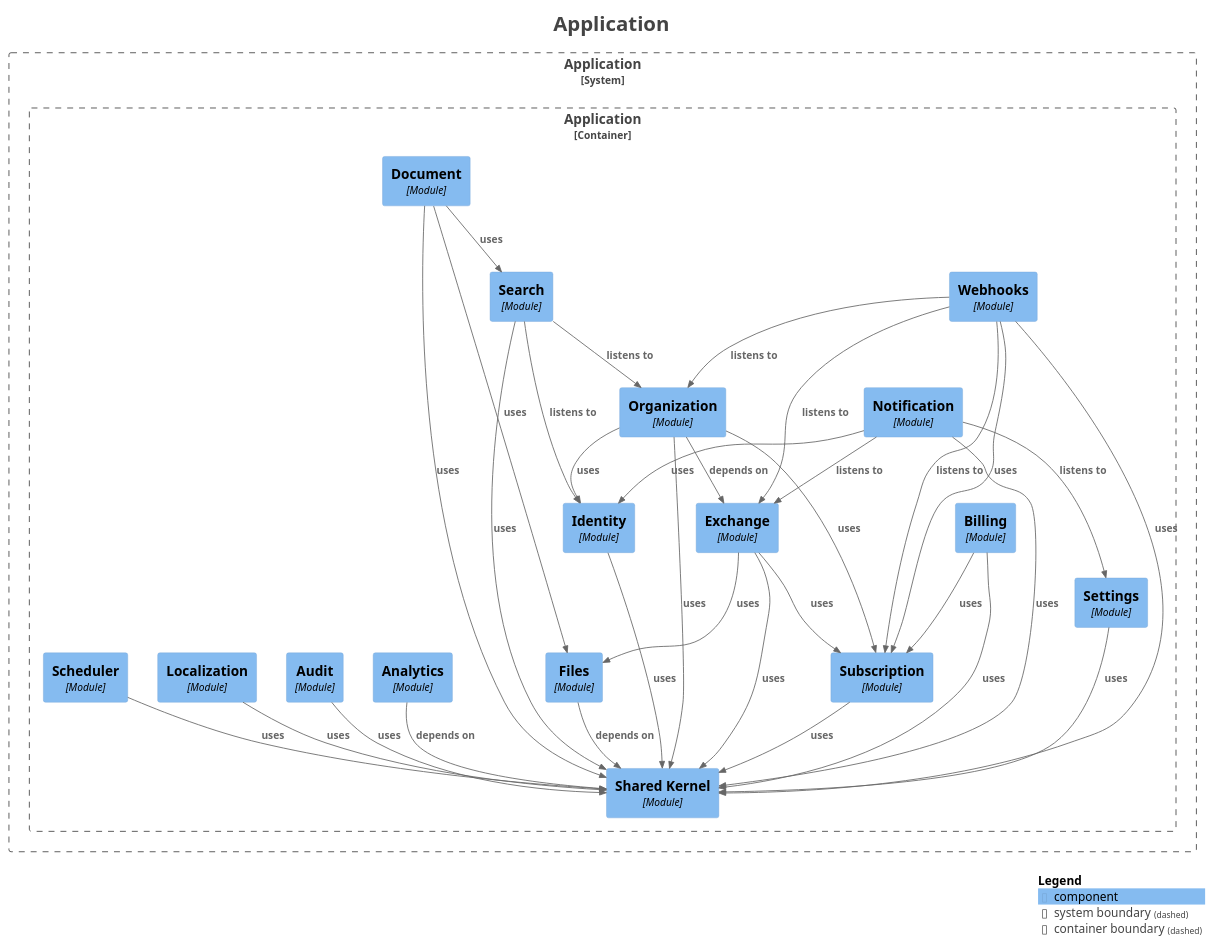
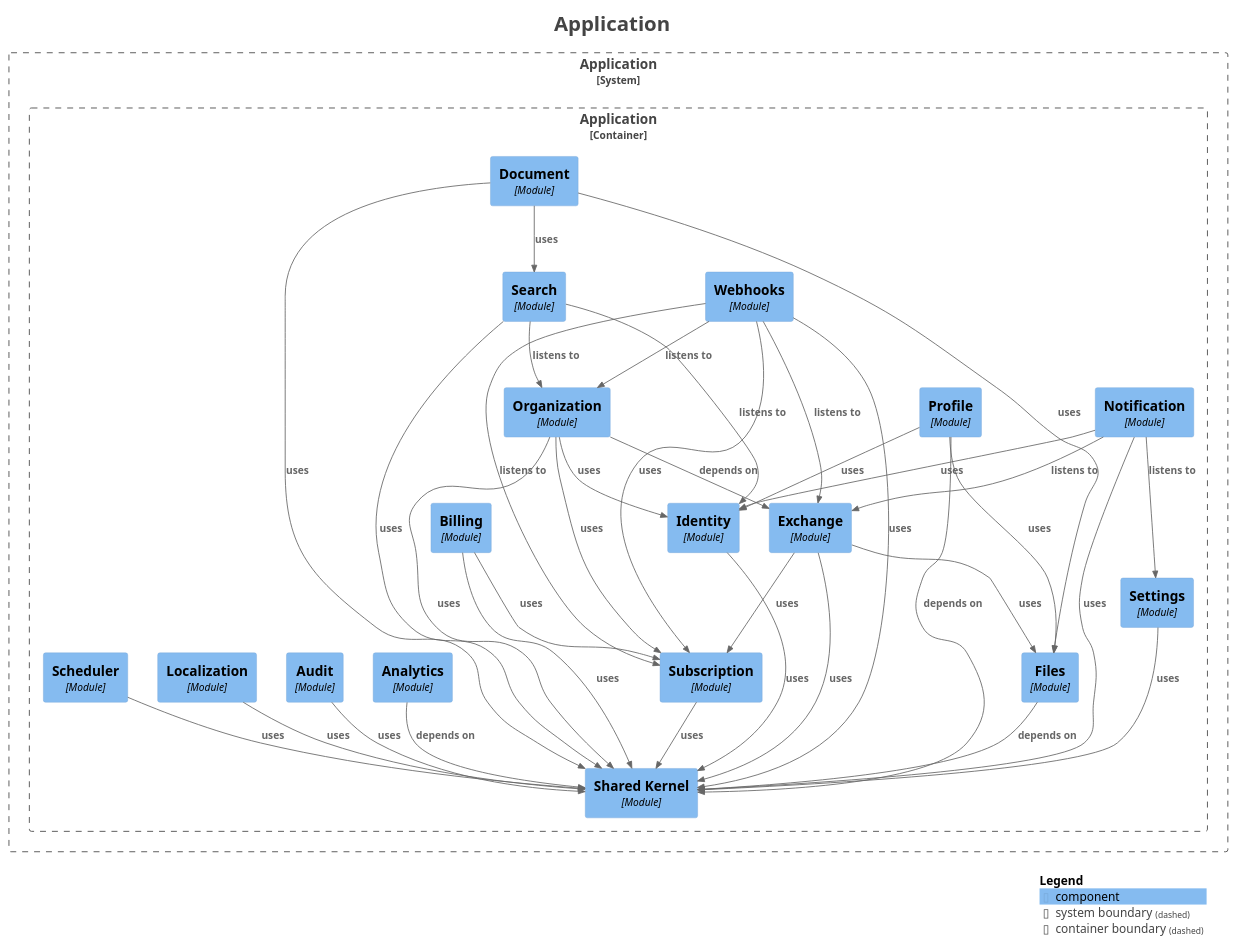
The diagram in docs/modulith/components.puml (Paul-Ayesiga/enterprise-modulith-template), drawn with PlantUML before and after one commit. The commit also changed 43 other files, not shown here.

```diff
--- a/docs/modulith/components.puml
+++ b/docs/modulith/components.puml
@@ -1,75 +1,79 @@
 @startuml
 title <size:24>Application</size>
 
 set separator none
 top to bottom direction
 
 <style>
   root {
     BackgroundColor: #ffffff
     FontColor: #444444
   }
 </style>
 
 !include <C4/C4>
 !include <C4/C4_Context>
 !include <C4/C4_Component>
 
 System_Boundary("Application_boundary", "Application", $tags="") {
   Container_Boundary("Application.Application_boundary", "Application", $tags="") {
     Component(Application.Application.Settings, "Settings", $techn="Module", $descr="", $tags="", $link="")
     Component(Application.Application.Subscription, "Subscription", $techn="Module", $descr="", $tags="", $link="")
     Component(Application.Application.Billing, "Billing", $techn="Module", $descr="", $tags="", $link="")
     Component(Application.Application.Exchange, "Exchange", $techn="Module", $descr="", $tags="", $link="")
+    Component(Application.Application.Profile, "Profile", $techn="Module", $descr="", $tags="", $link="")
     Component(Application.Application.Notification, "Notification", $techn="Module", $descr="", $tags="", $link="")
     Component(Application.Application.Organization, "Organization", $techn="Module", $descr="", $tags="", $link="")
     Component(Application.Application.Search, "Search", $techn="Module", $descr="", $tags="", $link="")
     Component(Application.Application.Webhooks, "Webhooks", $techn="Module", $descr="", $tags="", $link="")
     Component(Application.Application.Document, "Document", $techn="Module", $descr="", $tags="", $link="")
     Component(Application.Application.SharedKernel, "Shared Kernel", $techn="Module", $descr="", $tags="", $link="")
     Component(Application.Application.Analytics, "Analytics", $techn="Module", $descr="", $tags="", $link="")
     Component(Application.Application.Audit, "Audit", $techn="Module", $descr="", $tags="", $link="")
     Component(Application.Application.Files, "Files", $techn="Module", $descr="", $tags="", $link="")
     Component(Application.Application.Identity, "Identity", $techn="Module", $descr="", $tags="", $link="")
     Component(Application.Application.Localization, "Localization", $techn="Module", $descr="", $tags="", $link="")
     Component(Application.Application.Scheduler, "Scheduler", $techn="Module", $descr="", $tags="", $link="")
   }
 
 }
 
-Rel(Application.Application.Audit, Application.Application.SharedKernel, "uses", $techn="", $tags="", $link="")
-Rel(Application.Application.Organization, Application.Application.Exchange, "depends on", $techn="", $tags="", $link="")
-Rel(Application.Application.Organization, Application.Application.Identity, "uses", $techn="", $tags="", $link="")
-Rel(Application.Application.Organization, Application.Application.SharedKernel, "uses", $techn="", $tags="", $link="")
-Rel(Application.Application.Organization, Application.Application.Subscription, "uses", $techn="", $tags="", $link="")
-Rel(Application.Application.Files, Application.Application.SharedKernel, "depends on", $techn="", $tags="", $link="")
-Rel(Application.Application.Subscription, Application.Application.SharedKernel, "uses", $techn="", $tags="", $link="")
-Rel(Application.Application.Webhooks, Application.Application.Organization, "listens to", $techn="", $tags="", $link="")
-Rel(Application.Application.Webhooks, Application.Application.Exchange, "listens to", $techn="", $tags="", $link="")
-Rel(Application.Application.Webhooks, Application.Application.Subscription, "listens to", $techn="", $tags="", $link="")
-Rel(Application.Application.Webhooks, Application.Application.SharedKernel, "uses", $techn="", $tags="", $link="")
-Rel(Application.Application.Webhooks, Application.Application.Subscription, "uses", $techn="", $tags="", $link="")
-Rel(Application.Application.Search, Application.Application.Identity, "listens to", $techn="", $tags="", $link="")
-Rel(Application.Application.Search, Application.Application.Organization, "listens to", $techn="", $tags="", $link="")
-Rel(Application.Application.Search, Application.Application.SharedKernel, "uses", $techn="", $tags="", $link="")
+Rel(Application.Application.Identity, Application.Application.SharedKernel, "uses", $techn="", $tags="", $link="")
 Rel(Application.Application.Settings, Application.Application.SharedKernel, "uses", $techn="", $tags="", $link="")
 Rel(Application.Application.Exchange, Application.Application.Files, "uses", $techn="", $tags="", $link="")
 Rel(Application.Application.Exchange, Application.Application.SharedKernel, "uses", $techn="", $tags="", $link="")
 Rel(Application.Application.Exchange, Application.Application.Subscription, "uses", $techn="", $tags="", $link="")
 Rel(Application.Application.Localization, Application.Application.SharedKernel, "uses", $techn="", $tags="", $link="")
-Rel(Application.Application.Scheduler, Application.Application.SharedKernel, "uses", $techn="", $tags="", $link="")
-Rel(Application.Application.Billing, Application.Application.Subscription, "uses", $techn="", $tags="", $link="")
-Rel(Application.Application.Billing, Application.Application.SharedKernel, "uses", $techn="", $tags="", $link="")
-Rel(Application.Application.Analytics, Application.Application.SharedKernel, "depends on", $techn="", $tags="", $link="")
-Rel(Application.Application.Document, Application.Application.Files, "uses", $techn="", $tags="", $link="")
-Rel(Application.Application.Document, Application.Application.Search, "uses", $techn="", $tags="", $link="")
-Rel(Application.Application.Document, Application.Application.SharedKernel, "uses", $techn="", $tags="", $link="")
-Rel(Application.Application.Identity, Application.Application.SharedKernel, "uses", $techn="", $tags="", $link="")
 Rel(Application.Application.Notification, Application.Application.Exchange, "listens to", $techn="", $tags="", $link="")
 Rel(Application.Application.Notification, Application.Application.Settings, "listens to", $techn="", $tags="", $link="")
 Rel(Application.Application.Notification, Application.Application.SharedKernel, "uses", $techn="", $tags="", $link="")
 Rel(Application.Application.Notification, Application.Application.Identity, "uses", $techn="", $tags="", $link="")
+Rel(Application.Application.Webhooks, Application.Application.Organization, "listens to", $techn="", $tags="", $link="")
+Rel(Application.Application.Webhooks, Application.Application.Subscription, "listens to", $techn="", $tags="", $link="")
+Rel(Application.Application.Webhooks, Application.Application.Exchange, "listens to", $techn="", $tags="", $link="")
+Rel(Application.Application.Webhooks, Application.Application.SharedKernel, "uses", $techn="", $tags="", $link="")
+Rel(Application.Application.Webhooks, Application.Application.Subscription, "uses", $techn="", $tags="", $link="")
+Rel(Application.Application.Subscription, Application.Application.SharedKernel, "uses", $techn="", $tags="", $link="")
+Rel(Application.Application.Document, Application.Application.Files, "uses", $techn="", $tags="", $link="")
+Rel(Application.Application.Document, Application.Application.Search, "uses", $techn="", $tags="", $link="")
+Rel(Application.Application.Document, Application.Application.SharedKernel, "uses", $techn="", $tags="", $link="")
+Rel(Application.Application.Organization, Application.Application.Exchange, "depends on", $techn="", $tags="", $link="")
+Rel(Application.Application.Organization, Application.Application.Identity, "uses", $techn="", $tags="", $link="")
+Rel(Application.Application.Organization, Application.Application.SharedKernel, "uses", $techn="", $tags="", $link="")
+Rel(Application.Application.Organization, Application.Application.Subscription, "uses", $techn="", $tags="", $link="")
+Rel(Application.Application.Scheduler, Application.Application.SharedKernel, "uses", $techn="", $tags="", $link="")
+Rel(Application.Application.Analytics, Application.Application.SharedKernel, "depends on", $techn="", $tags="", $link="")
+Rel(Application.Application.Files, Application.Application.SharedKernel, "depends on", $techn="", $tags="", $link="")
+Rel(Application.Application.Search, Application.Application.Organization, "listens to", $techn="", $tags="", $link="")
+Rel(Application.Application.Search, Application.Application.Identity, "listens to", $techn="", $tags="", $link="")
+Rel(Application.Application.Search, Application.Application.SharedKernel, "uses", $techn="", $tags="", $link="")
+Rel(Application.Application.Profile, Application.Application.SharedKernel, "depends on", $techn="", $tags="", $link="")
+Rel(Application.Application.Profile, Application.Application.Identity, "uses", $techn="", $tags="", $link="")
+Rel(Application.Application.Profile, Application.Application.Files, "uses", $techn="", $tags="", $link="")
+Rel(Application.Application.Audit, Application.Application.SharedKernel, "uses", $techn="", $tags="", $link="")
+Rel(Application.Application.Billing, Application.Application.Subscription, "uses", $techn="", $tags="", $link="")
+Rel(Application.Application.Billing, Application.Application.SharedKernel, "uses", $techn="", $tags="", $link="")
 
 SHOW_LEGEND(true)
 hide stereotypes
 @enduml
```
